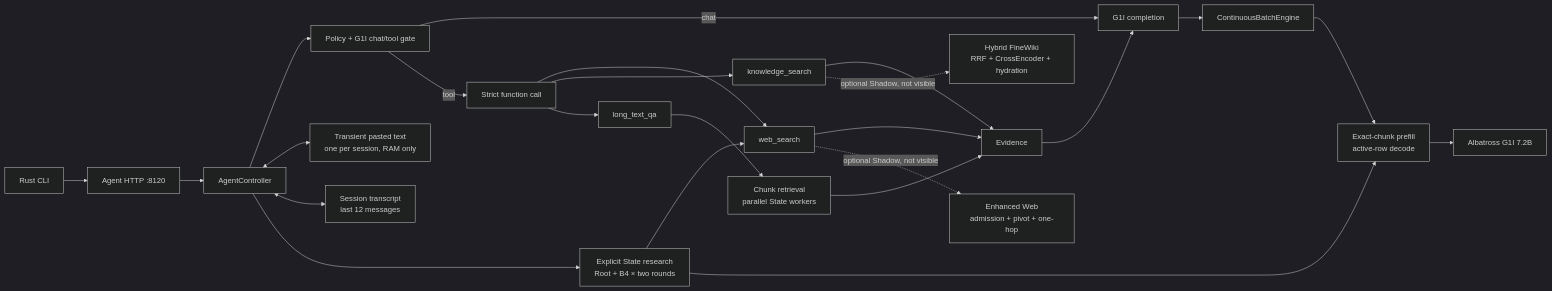
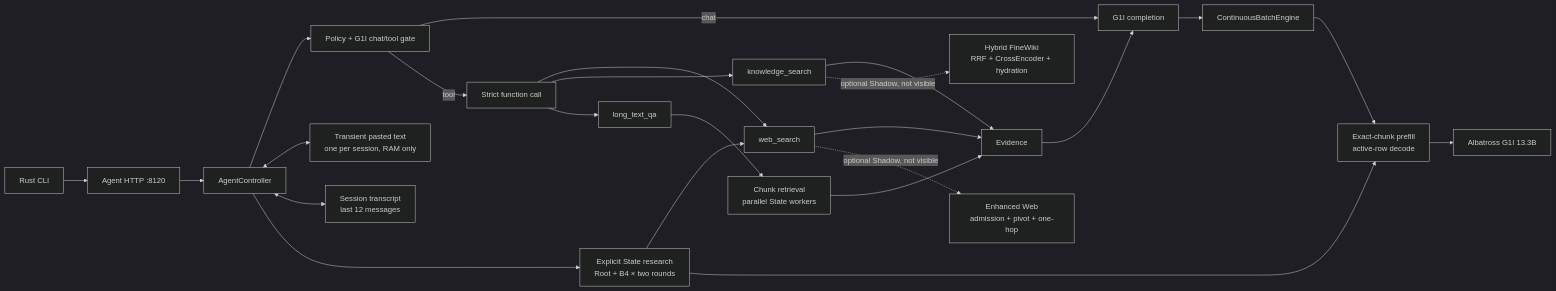
The diagram in docs/RWKV_AGENT.md (123123213weqw/rwkv-agent), drawn with Mermaid (dark theme) before and after one commit. The commit also changed other lines of this file and 73 other files, not shown here.

````diff
--- a/docs/RWKV_AGENT.md
+++ b/docs/RWKV_AGENT.md
@@ -33,26 +63,26 @@
 ```mermaid
 flowchart LR
     CLI["Rust CLI"] --> API["Agent HTTP :8120"]
     API --> C["AgentController"]
     C --> G["Policy + G1I chat/tool gate"]
     C <--> T["Transient pasted text\none per session, RAM only"]
     G -->|chat| M["G1I completion"]
     G -->|tool| F["Strict function call"]
     F --> W["web_search"]
     F --> K["knowledge_search"]
     F --> L["long_text_qa"]
     L --> X["Chunk retrieval\nparallel State workers"]
     W --> E["Evidence"]
     W -. "optional Shadow, not visible" .-> WS["Enhanced Web\nadmission + pivot + one-hop"]
     K --> E
     K -. "optional Shadow, not visible" .-> H["Hybrid FineWiki\nRRF + CrossEncoder + hydration"]
     X --> E
     E --> M
     C <--> S["Session transcript\nlast 12 messages"]
     C --> SR["Explicit State research\nRoot + B4 × two rounds"]
     SR --> W
     SR --> P
     M --> Q["ContinuousBatchEngine"]
     Q --> P["Exact-chunk prefill\nactive-row decode"]
-    P --> R["Albatross G1I 7.2B"]
+    P --> R["Albatross G1I 13.3B"]
 ```
````
